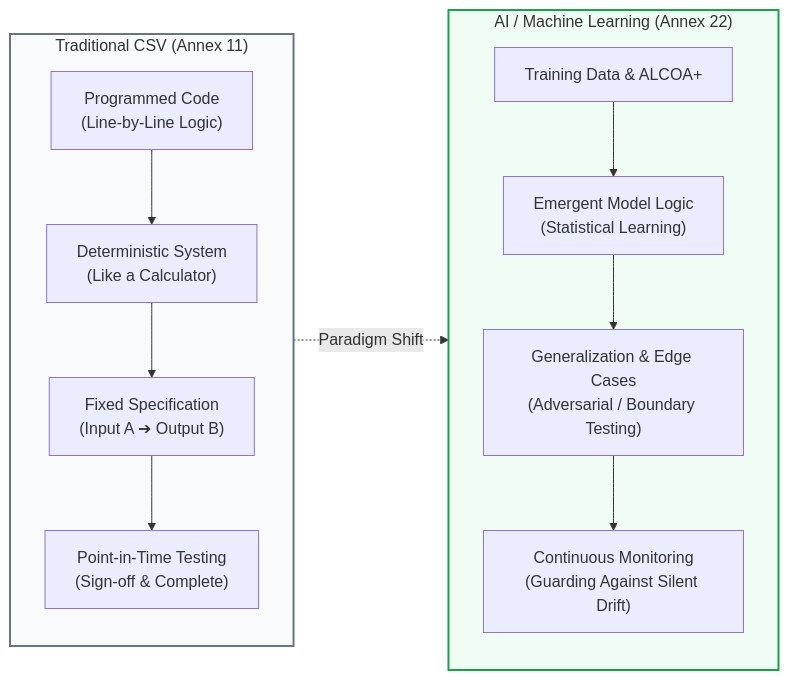
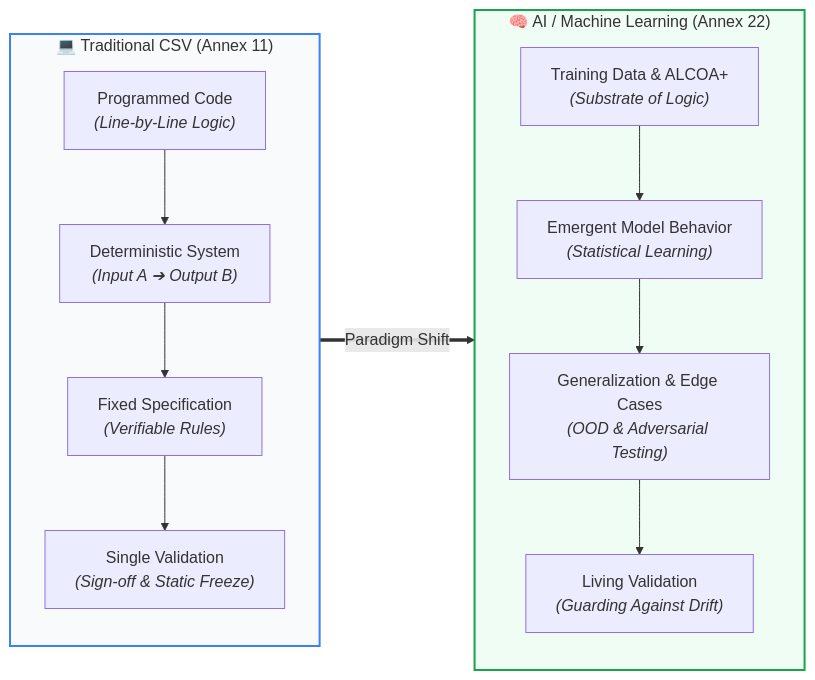
Before and after one commit to Lunaman06/Annex22: the first of 2 diagrams in docs/en/module_01_introduction_ai_gxp.md, drawn with Mermaid. The commit also changed other lines of this file and 29 other files, not shown here.

Commit message:
style(docs): optimize mermaid diagram aspect ratios, edge flows and legibility across all DE and EN modules

````diff
--- a/docs/en/module_01_introduction_ai_gxp.md
+++ b/docs/en/module_01_introduction_ai_gxp.md
@@ -20,21 +20,21 @@
 ```mermaid
-graph LR
-    subgraph A11["Traditional CSV (Annex 11)"]
+flowchart LR
+    subgraph A11["💻 Traditional CSV (Annex 11)"]
         direction TB
-        A1["Programmed Code<br/>(Line-by-Line Logic)"] --> A2["Deterministic System<br/>(Like a Calculator)"]
-        A2 --> A3["Fixed Specification<br/>(Input A ➔ Output B)"]
-        A3 --> A4["Point-in-Time Testing<br/>(Sign-off & Complete)"]
+        A1["Programmed Code<br/><i>(Line-by-Line Logic)</i>"] --> A2["Deterministic System<br/><i>(Input A ➔ Output B)</i>"]
+        A2 --> A3["Fixed Specification<br/><i>(Verifiable Rules)</i>"]
+        A3 --> A4["Single Validation<br/><i>(Sign-off & Static Freeze)</i>"]
     end
 
-    subgraph A22["AI / Machine Learning (Annex 22)"]
+    subgraph A22["🧠 AI / Machine Learning (Annex 22)"]
         direction TB
-        B1["Training Data & ALCOA+"] --> B2["Emergent Model Logic<br/>(Statistical Learning)"]
-        B2 --> B3["Generalization & Edge Cases<br/>(Adversarial / Boundary Testing)"]
-        B3 --> B4["Continuous Monitoring<br/>(Guarding Against Silent Drift)"]
+        B1["Training Data & ALCOA+<br/><i>(Substrate of Logic)</i>"] --> B2["Emergent Model Behavior<br/><i>(Statistical Learning)</i>"]
+        B2 --> B3["Generalization & Edge Cases<br/><i>(OOD & Adversarial Testing)</i>"]
+        B3 --> B4["Living Validation<br/><i>(Guarding Against Drift)</i>"]
     end
 
-    A11 -. "Paradigm Shift" .-> A22
+    A11 ==>|"Paradigm Shift"| A22
 
-    style A11 fill:#f8fafc,stroke:#64748b,stroke-width:2px
+    style A11 fill:#f8fafc,stroke:#3b82f6,stroke-width:2px
     style A22 fill:#f0fdf4,stroke:#16a34a,stroke-width:2px
 ```
````
